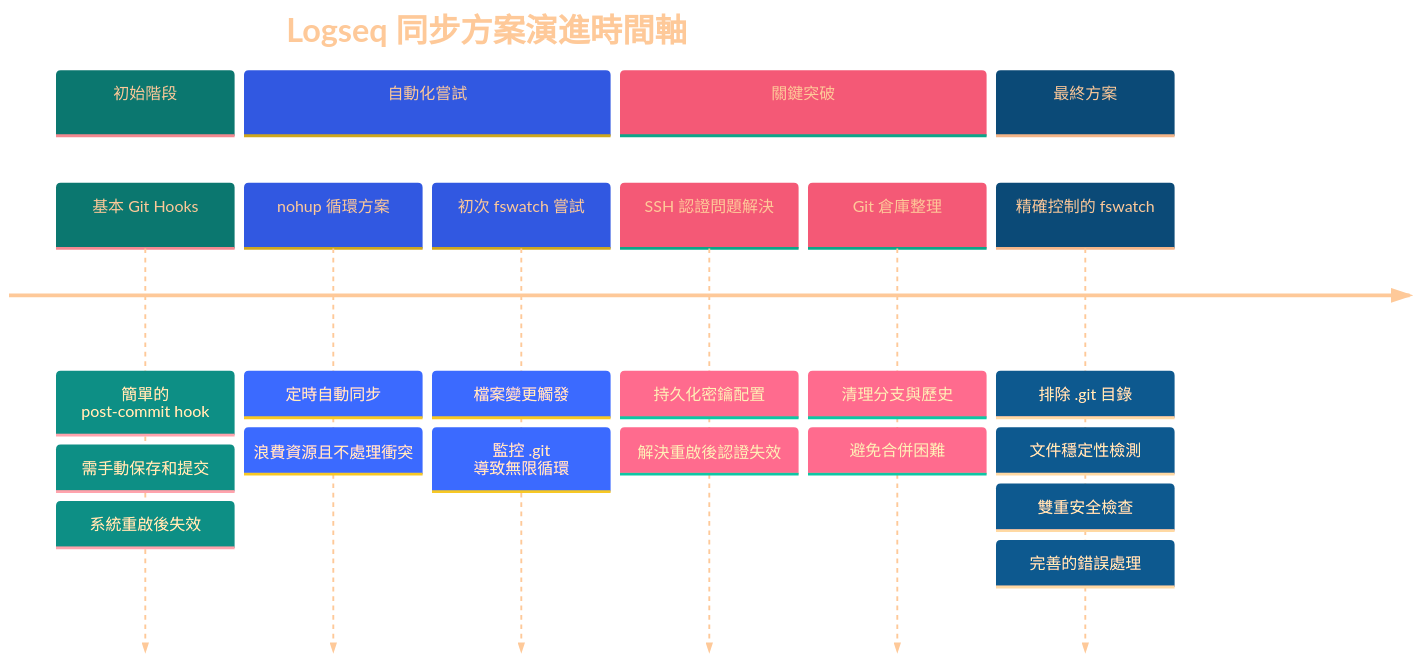
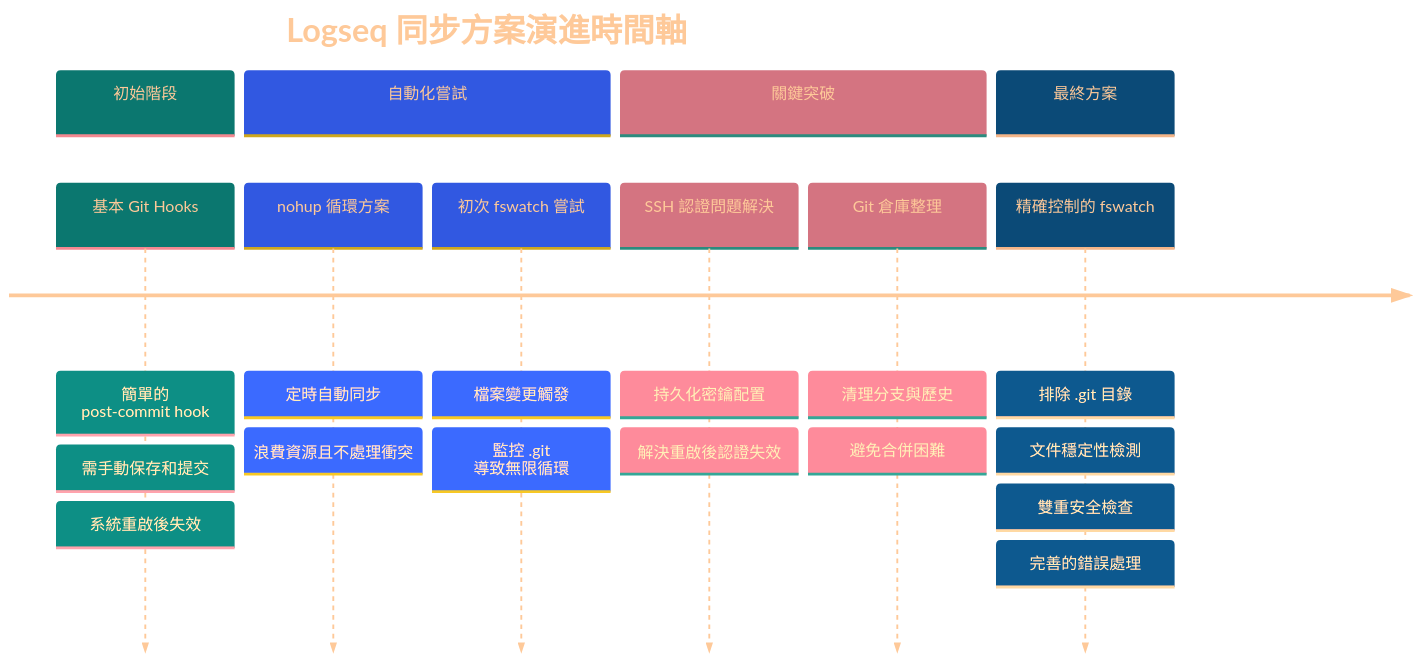
Before and after one commit to GengGeng026/Sync-Logseq: the first of 2 diagrams in Logseq同步方案演進記錄.md, drawn with Mermaid.

Commit message:
Auto-sync: Wed Mar 26 10:13:31 +08 2025

````diff
--- a/Logseq同步方案演進記錄.md
+++ b/Logseq同步方案演進記錄.md
@@ -24,38 +24,38 @@
 ```mermaid
 %%{init: {
   'theme': 'base', 
   'themeVariables': {
     'primaryTextColor': '#FEC999',
     'primaryColor': '#19E9D9',
     'secondaryColor': '#A0B2F1',
-    'tertiaryColor': '#FCD1D9',
+    'tertiaryColor': '#F2D5D9',
     'primaryBorderColor': '#A9D9D9',
     'background': 'transparent',
     'clusterBkg': 'transparent',
     'fontFamily': 'default',
     'fontSize': '17px',
     'fontWeight': 'normal'
   }
 }}%%
 timeline
     title Logseq 同步方案演進時間軸
     section 初始階段
         基本 Git Hooks : 簡單的 post-commit hook
         : 需手動保存和提交
         : 系統重啟後失效
     section 自動化嘗試
         nohup 循環方案 : 定時自動同步
         : 浪費資源且不處理衝突
         初次 fswatch 嘗試 : 檔案變更觸發
         : 監控 .git 導致無限循環
     section 關鍵突破
         SSH 認證問題解決 : 持久化密鑰配置
         : 解決重啟後認證失效
         Git 倉庫整理 : 清理分支與歷史
         : 避免合併困難
     section 最終方案
         精確控制的 fswatch : 排除 .git 目錄
         : 文件穩定性檢測
         : 雙重安全檢查
         : 完善的錯誤處理
 ```
````
